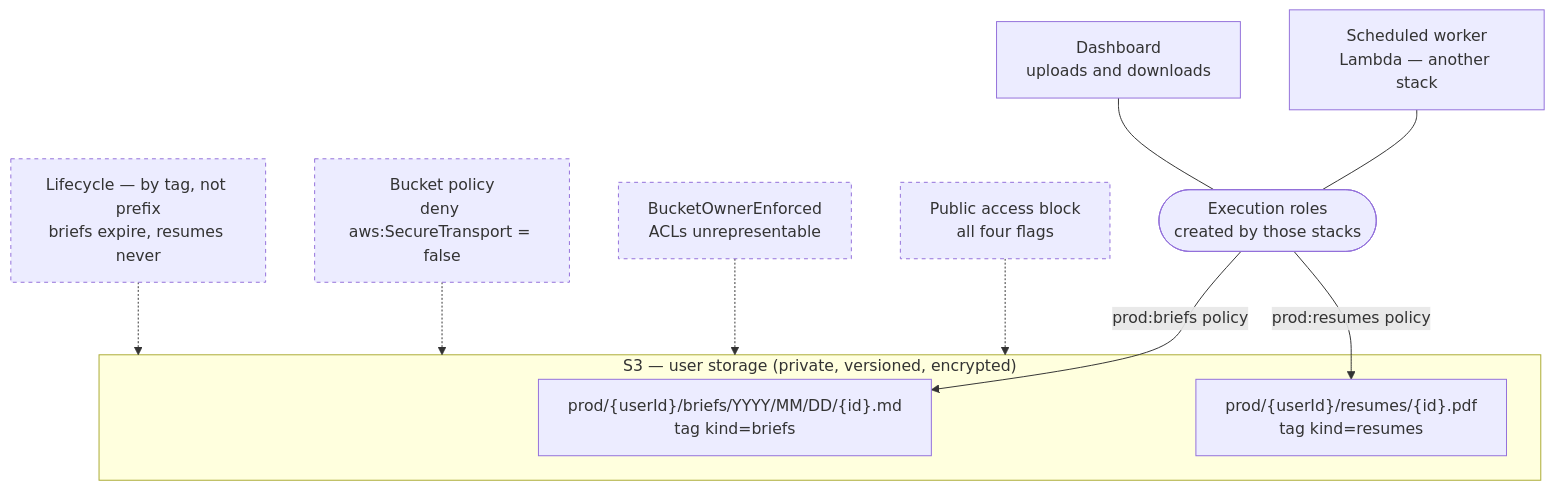
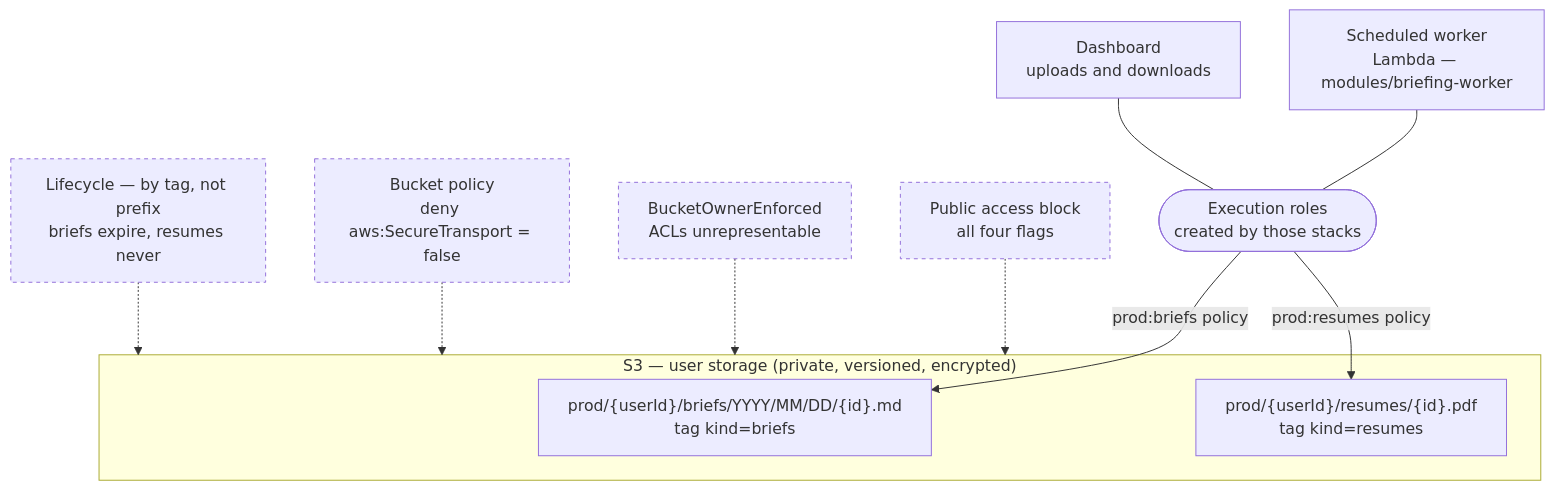
One commit to sunnyeyles/control-panel changed the diagram in infra/aws/README.md. Above: the diagram before and after it, drawn with Mermaid. The commit also changed other lines of this file and 77 other files, not shown here.

````diff
--- a/infra/aws/README.md
+++ b/infra/aws/README.md
@@ -24,28 +54,28 @@
 ```mermaid
 flowchart TB
-  worker["Scheduled worker<br>Lambda — another stack"]
+  worker["Scheduled worker<br>Lambda — modules/briefing-worker"]
   app["Dashboard<br>uploads and downloads"]
   role(["Execution roles<br>created by those stacks"])
 
   subgraph bucket["S3 — user storage (private, versioned, encrypted)"]
     briefs["prod/{userId}/briefs/YYYY/MM/DD/{id}.md<br>tag kind=briefs"]
     resumes["prod/{userId}/resumes/{id}.pdf<br>tag kind=resumes"]
   end
 
   pab["Public access block<br>all four flags"]
   own["BucketOwnerEnforced<br>ACLs unrepresentable"]
   tls["Bucket policy<br>deny aws:SecureTransport = false"]
   lc["Lifecycle — by tag, not prefix<br>briefs expire, resumes never"]
 
   worker --- role
   app --- role
   role -->|prod:briefs policy| briefs
   role -->|prod:resumes policy| resumes
   pab -.-> bucket
   own -.-> bucket
   tls -.-> bucket
   lc -.-> bucket
 
   classDef guard stroke-dasharray:4 4
   class pab,own,tls,lc guard
 ```
````
